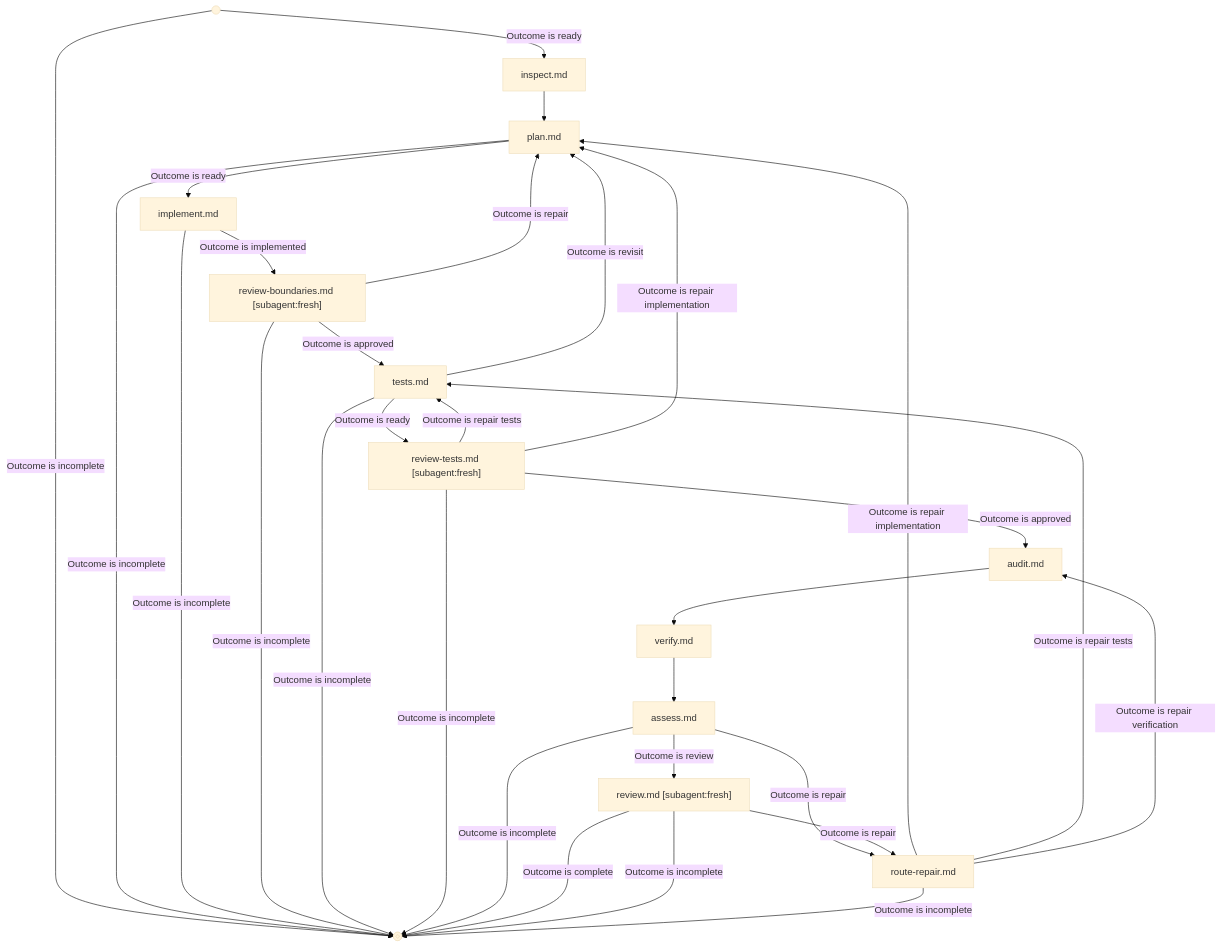
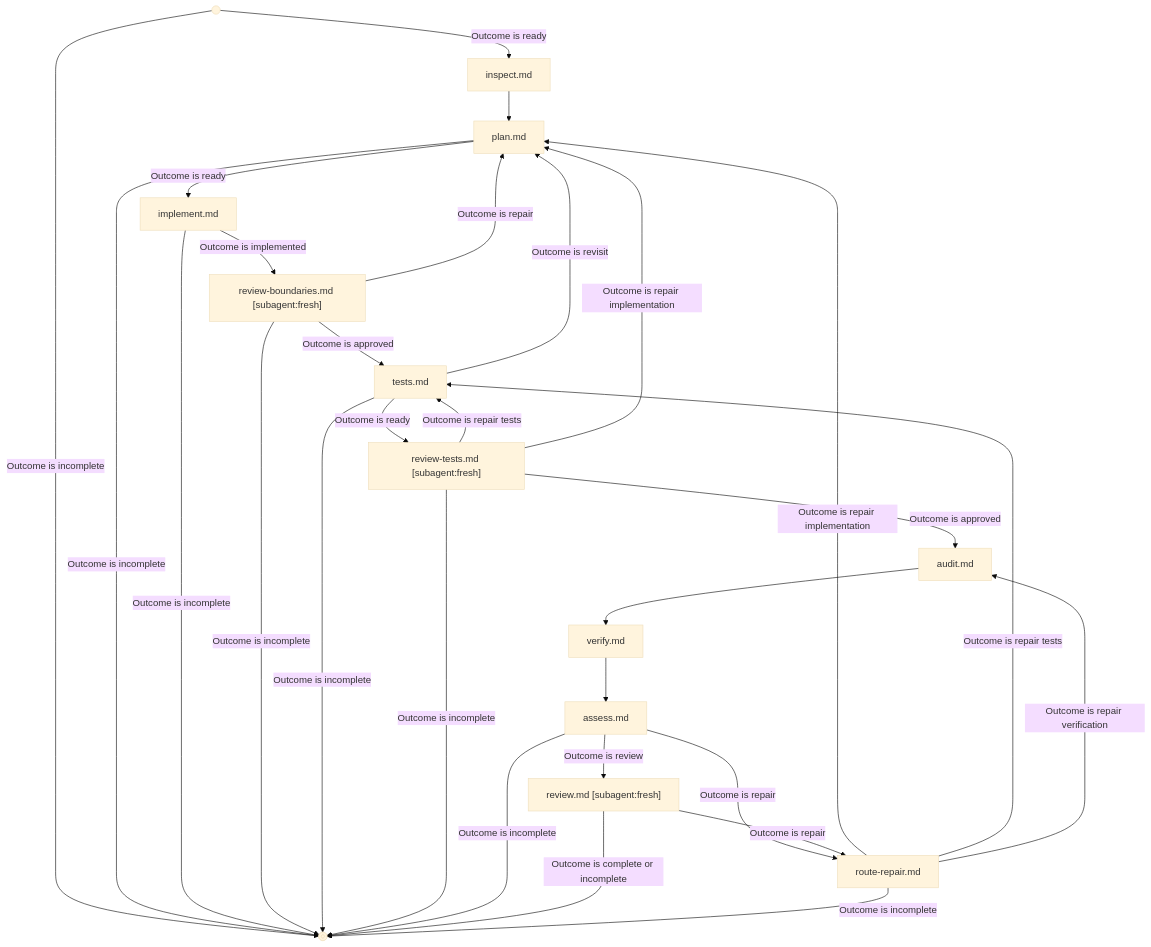
Before and after one commit to jdeurt/agents: the diagram in plugins/engineering/skills/clean-implementation/SKILL.md, drawn with Mermaid (base theme). The commit also changed 5 other files, not shown here.

Commit message:
Fix graph skill packaging and validate workflow navigation in CI

````diff
--- a/plugins/engineering/skills/clean-implementation/SKILL.md
+++ b/plugins/engineering/skills/clean-implementation/SKILL.md
@@ -10,45 +10,44 @@
 ```mermaid
 flowchart TD
 _start@{ shape: sm-circ, label: "Start" }
 inspect["inspect.md"]
 plan["plan.md"]
 implement["implement.md"]
 boundaries["review-boundaries.md [subagent:fresh]"]
 tests["tests.md"]
 test_review["review-tests.md [subagent:fresh]"]
 audit["audit.md"]
 verify["verify.md"]
 assess["assess.md"]
 repair["route-repair.md"]
 review["review.md [subagent:fresh]"]
 _stop@{ shape: framed-circle, label: "Stop" }
 _start -->|Outcome is ready| inspect
 _start -->|Outcome is incomplete| _stop
 inspect --> plan
 plan -->|Outcome is ready| implement
 plan -->|Outcome is incomplete| _stop
 implement -->|Outcome is implemented| boundaries
 implement -->|Outcome is incomplete| _stop
 boundaries -->|Outcome is approved| tests
 boundaries -->|Outcome is repair| plan
 boundaries -->|Outcome is incomplete| _stop
 tests -->|Outcome is ready| test_review
 tests -->|Outcome is revisit| plan
 tests -->|Outcome is incomplete| _stop
 test_review -->|Outcome is approved| audit
 test_review -->|Outcome is repair tests| tests
 test_review -->|Outcome is repair implementation| plan
 test_review -->|Outcome is incomplete| _stop
 audit --> verify
 verify --> assess
 assess -->|Outcome is repair| repair
 assess -->|Outcome is review| review
 assess -->|Outcome is incomplete| _stop
 review -->|Outcome is repair| repair
-review -->|Outcome is complete| _stop
-review -->|Outcome is incomplete| _stop
+review -->|Outcome is complete or incomplete| _stop
 repair -->|Outcome is repair implementation| plan
 repair -->|Outcome is repair tests| tests
 repair -->|Outcome is repair verification| audit
 repair -->|Outcome is incomplete| _stop
 ```
````
